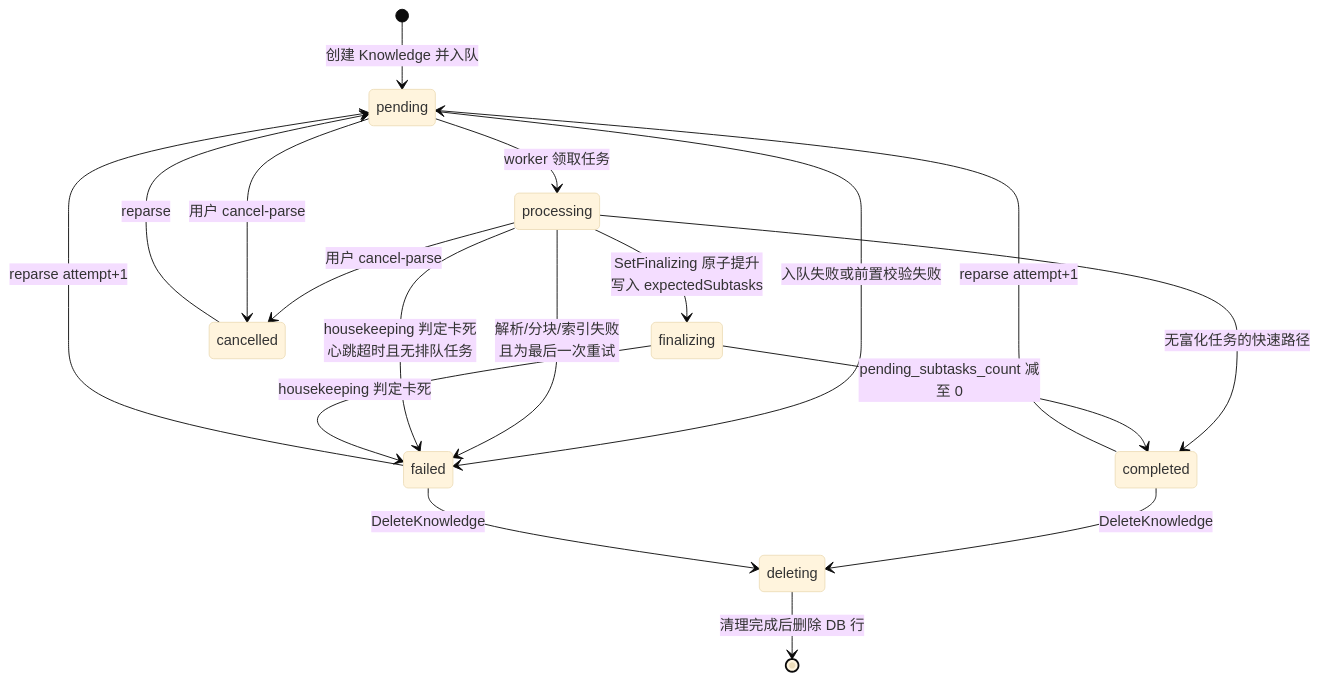
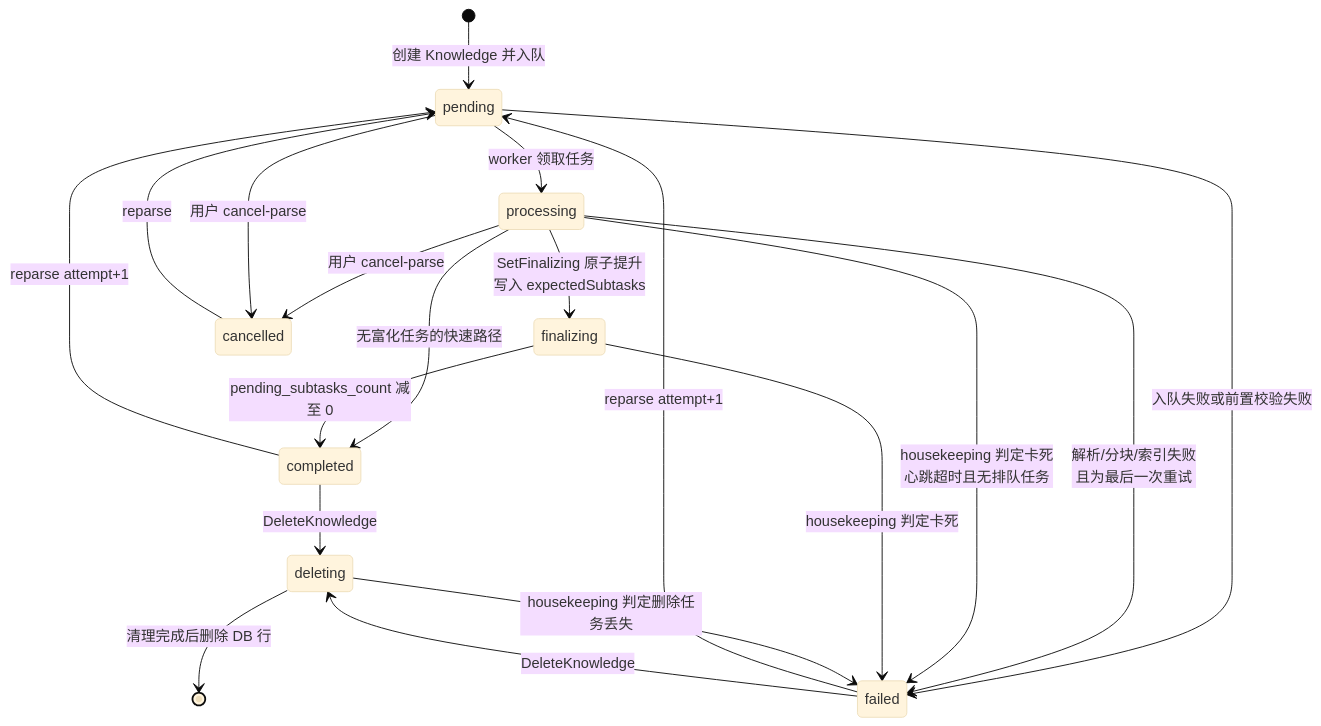
Before and after one commit to michadel/WeKnora: the second of 2 diagrams in website-docs/02-architecture/03-document-pipeline.md, drawn with Mermaid (base theme). The commit also changed other lines of this file and 125 other files, not shown here.

````diff
--- a/website-docs/02-architecture/03-document-pipeline.md
+++ b/website-docs/02-architecture/03-document-pipeline.md
@@ -410,20 +417,21 @@
 ```mermaid
 stateDiagram-v2
     [*] --> pending: 创建 Knowledge 并入队
     pending --> processing: worker 领取任务
     processing --> finalizing: SetFinalizing 原子提升<br/>写入 expectedSubtasks
     processing --> completed: 无富化任务的快速路径
     finalizing --> completed: pending_subtasks_count 减至 0
     pending --> failed: 入队失败或前置校验失败
     processing --> failed: 解析/分块/索引失败<br/>且为最后一次重试
     processing --> cancelled: 用户 cancel-parse
     pending --> cancelled: 用户 cancel-parse
     failed --> pending: reparse attempt+1
     completed --> pending: reparse attempt+1
     cancelled --> pending: reparse
     completed --> deleting: DeleteKnowledge
     failed --> deleting: DeleteKnowledge
     processing --> failed: housekeeping 判定卡死<br/>心跳超时且无排队任务
     finalizing --> failed: housekeeping 判定卡死
+    deleting --> failed: housekeeping 判定删除任务丢失
     deleting --> [*]: 清理完成后删除 DB 行
 ```
````
